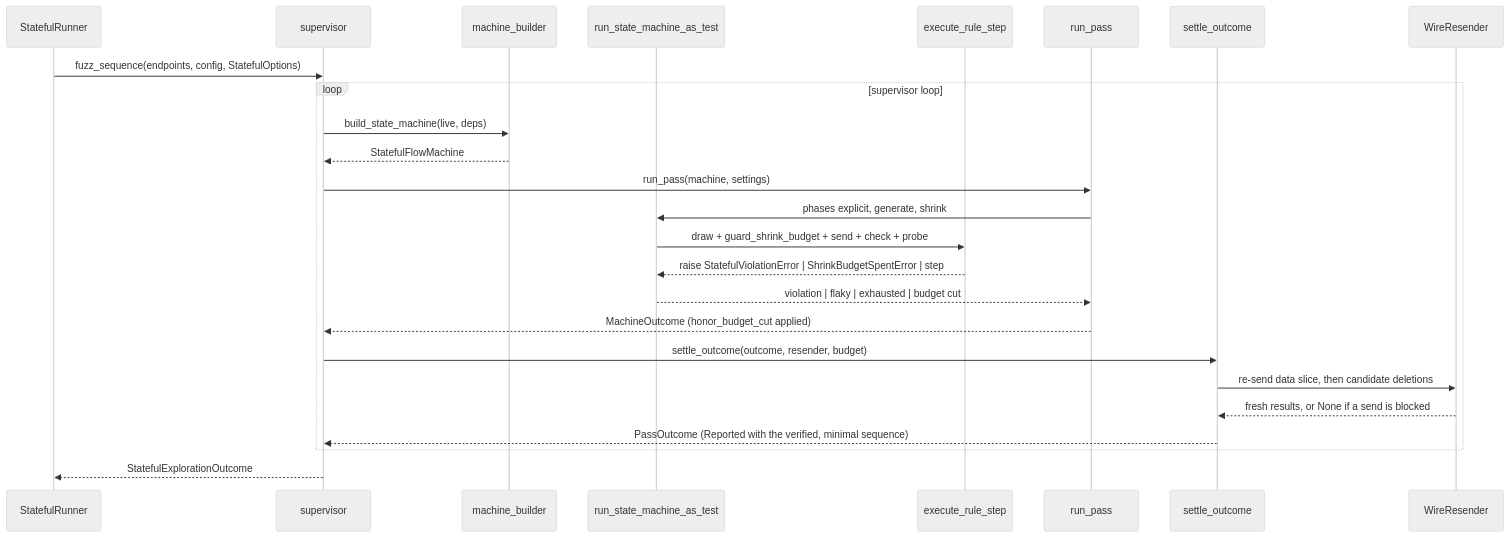
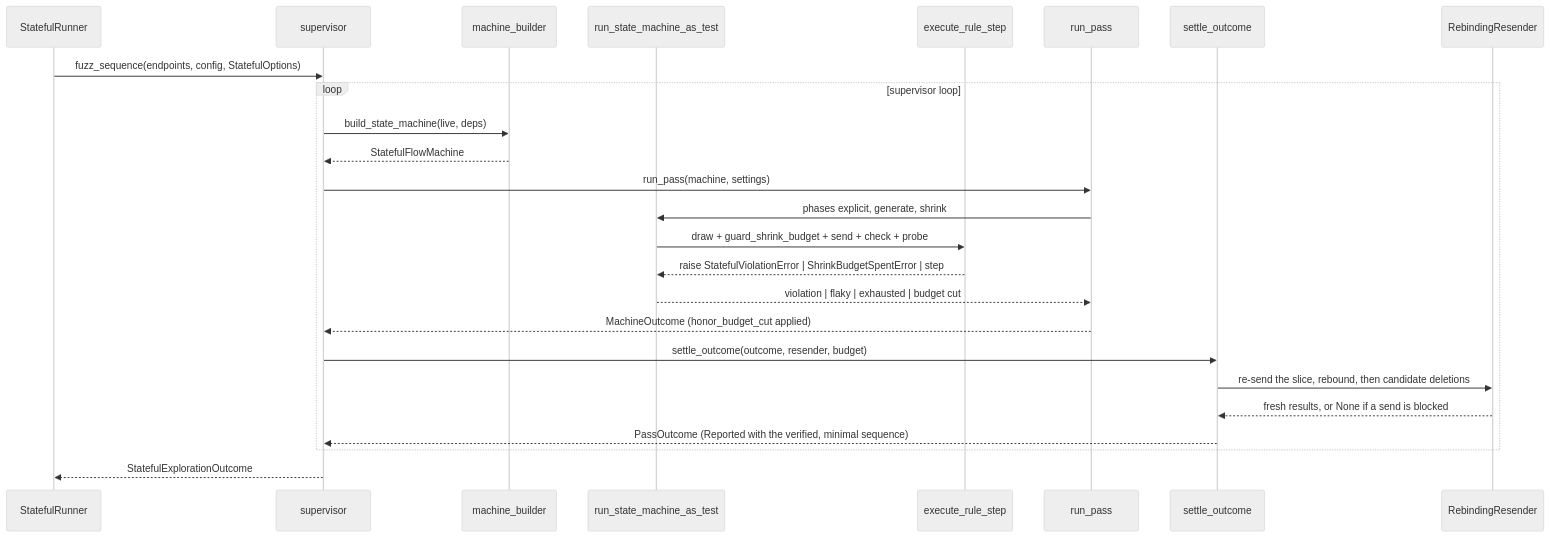
One commit to Spec-Forge-Testing/specforge-docs changed the second of 6 diagrams in docs/modules/specforge-engine/execution-modes.md. Above: the diagram before and after it, drawn with Mermaid (neutral theme). The commit also changed other lines of this file and 15 other files, not shown here.

````diff
--- a/docs/modules/specforge-engine/execution-modes.md
+++ b/docs/modules/specforge-engine/execution-modes.md
@@ -163,28 +163,28 @@
 ```mermaid
 sequenceDiagram
     participant SR as StatefulRunner
     participant Sup as supervisor
     participant MB as machine_builder
     participant HS as run_state_machine_as_test
     participant Rule as execute_rule_step
     participant Cls as run_pass
     participant Min as settle_outcome
-    participant WR as WireResender
+    participant WR as RebindingResender
 
     SR->>Sup: fuzz_sequence(endpoints, config, StatefulOptions)
     loop supervisor loop
         Sup->>MB: build_state_machine(live, deps)
         MB-->>Sup: StatefulFlowMachine
         Sup->>Cls: run_pass(machine, settings)
         Cls->>HS: phases explicit, generate, shrink
         HS->>Rule: draw + guard_shrink_budget + send + check + probe
         Rule-->>HS: raise StatefulViolationError | ShrinkBudgetSpentError | step
         HS-->>Cls: violation | flaky | exhausted | budget cut
         Cls-->>Sup: MachineOutcome (honor_budget_cut applied)
         Sup->>Min: settle_outcome(outcome, resender, budget)
-        Min->>WR: re-send data slice, then candidate deletions
+        Min->>WR: re-send the slice, rebound, then candidate deletions
         WR-->>Min: fresh results, or None if a send is blocked
         Min-->>Sup: PassOutcome (Reported with the verified, minimal sequence)
     end
     Sup-->>SR: StatefulExplorationOutcome
 ```
````
